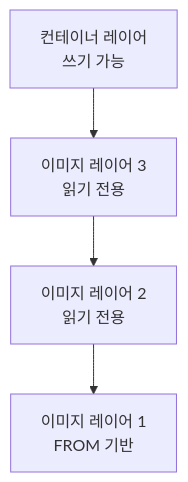
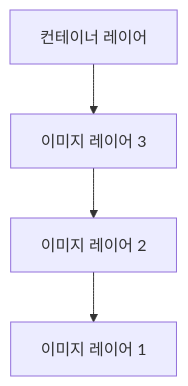
One commit to moonblueblue/devops-wiki changed the diagram in content/linux/distro-basics/filesystem-hierarchy.md. Above: the diagram before and after it, drawn with Mermaid. The commit also changed other lines of this file and 37 other files, not shown here.

First line of the commit message:
style: linux 카테고리 ASCII 도표·Mermaid 라벨 형식 교정

````diff
--- a/content/linux/distro-basics/filesystem-hierarchy.md
+++ b/content/linux/distro-basics/filesystem-hierarchy.md
@@ -348,11 +348,11 @@
 ```mermaid
 graph TD
-    L4["컨테이너 레이어\n쓰기 가능"]
-    L3["이미지 레이어 3\n읽기 전용"]
-    L2["이미지 레이어 2\n읽기 전용"]
-    L1["이미지 레이어 1\nFROM 기반"]
+    L4[컨테이너 레이어]
+    L3[이미지 레이어 3]
+    L2[이미지 레이어 2]
+    L1[이미지 레이어 1]
 
     L4 --> L3
     L3 --> L2
     L2 --> L1
 ```
````
